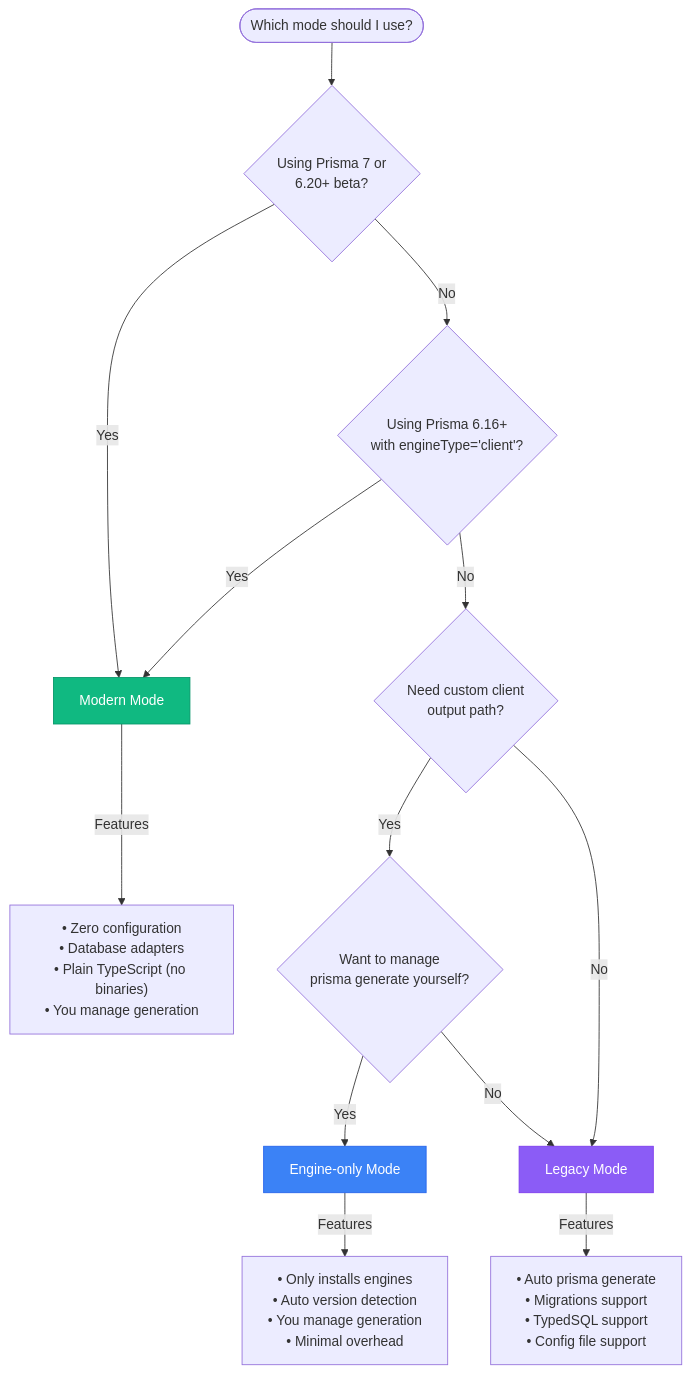
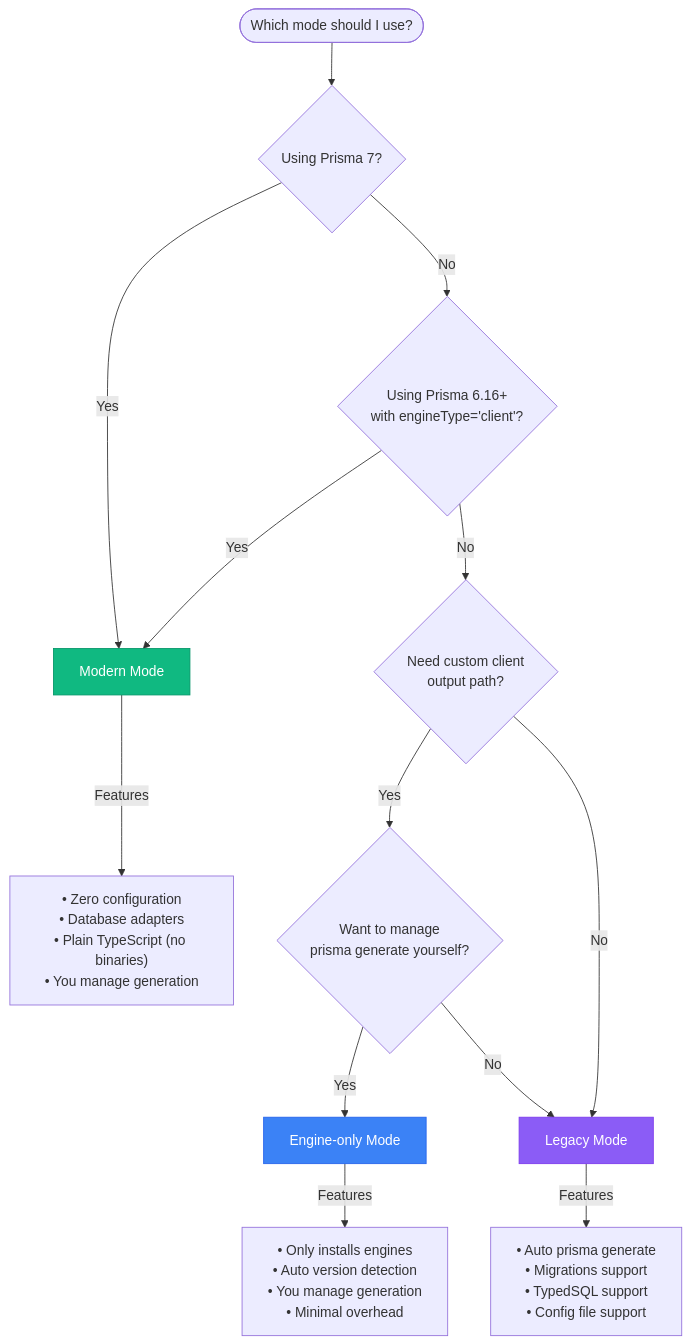
The diagram in docs/config/extensions/prismaExtension.mdx (triggerdotdev/trigger.dev), drawn with Mermaid before and after one commit. The commit also changed other lines of this file and 17 other files, not shown here.

````diff
--- a/docs/config/extensions/prismaExtension.mdx
+++ b/docs/config/extensions/prismaExtension.mdx
@@ -51,20 +51,20 @@
 ```mermaid
 flowchart TD
-    Start([Which mode should I use?]) --> Q1{Using Prisma 7 or<br/>6.20+ beta?}
+    Start([Which mode should I use?]) --> Q1{Using Prisma 7?}
     Q1 -->|Yes| Modern[Modern Mode]
     Q1 -->|No| Q2{Using Prisma 6.16+<br/>with engineType='client'?}
     Q2 -->|Yes| Modern
     Q2 -->|No| Q3{Need custom client<br/>output path?}
     Q3 -->|Yes| Q4{Want to manage<br/>prisma generate yourself?}
     Q4 -->|Yes| Engine[Engine-only Mode]
     Q4 -->|No| Legacy[Legacy Mode]
     Q3 -->|No| Legacy
 
     Modern -->|Features| ModernFeatures["• Zero configuration<br/>• Database adapters<br/>• Plain TypeScript (no binaries)<br/>• You manage generation"]
     Engine -->|Features| EngineFeatures["• Only installs engines<br/>• Auto version detection<br/>• You manage generation<br/>• Minimal overhead"]
     Legacy -->|Features| LegacyFeatures["• Auto prisma generate<br/>• Migrations support<br/>• TypedSQL support<br/>• Config file support"]
 
     style Modern fill:#10b981,stroke:#059669,color:#fff
     style Engine fill:#3b82f6,stroke:#2563eb,color:#fff
     style Legacy fill:#8b5cf6,stroke:#7c3aed,color:#fff
 ```
````
